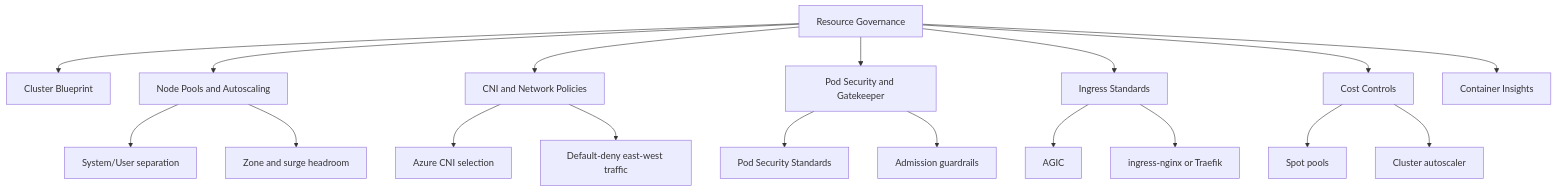
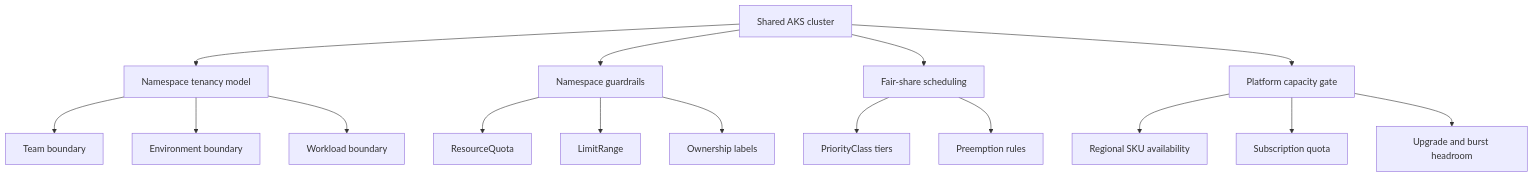
The diagram in docs/best-practices/resource-governance.md (yeongseon/azure-kubernetes-service-practical-guide), drawn with Mermaid before and after one commit. The commit also changed other lines of this file and 5 other files, not shown here.

````diff
--- a/docs/best-practices/resource-governance.md
+++ b/docs/best-practices/resource-governance.md
@@ -45,20 +39,18 @@
 ```mermaid
 flowchart TD
-    A[Resource Governance] --> B[Cluster Blueprint]
-    A --> C[Node Pools and Autoscaling]
-    A --> D[CNI and Network Policies]
-    A --> E[Pod Security and Gatekeeper]
-    A --> F[Ingress Standards]
-    A --> G[Cost Controls]
-    A --> H[Container Insights]
-    C --> C1[System/User separation]
-    C --> C2[Zone and surge headroom]
-    D --> D1[Azure CNI selection]
-    D --> D2[Default-deny east-west traffic]
-    E --> E1[Pod Security Standards]
-    E --> E2[Admission guardrails]
-    F --> F1[AGIC]
-    F --> F2[ingress-nginx or Traefik]
-    G --> G1[Spot pools]
-    G --> G2[Cluster autoscaler]
+    A[Shared AKS cluster] --> B[Namespace tenancy model]
+    A --> C[Namespace guardrails]
+    A --> D[Fair-share scheduling]
+    A --> E[Platform capacity gate]
+    B --> B1[Team boundary]
+    B --> B2[Environment boundary]
+    B --> B3[Workload boundary]
+    C --> C1[ResourceQuota]
+    C --> C2[LimitRange]
+    C --> C3[Ownership labels]
+    D --> D1[PriorityClass tiers]
+    D --> D2[Preemption rules]
+    E --> E1[Regional SKU availability]
+    E --> E2[Subscription quota]
+    E --> E3[Upgrade and burst headroom]
 ```
````
